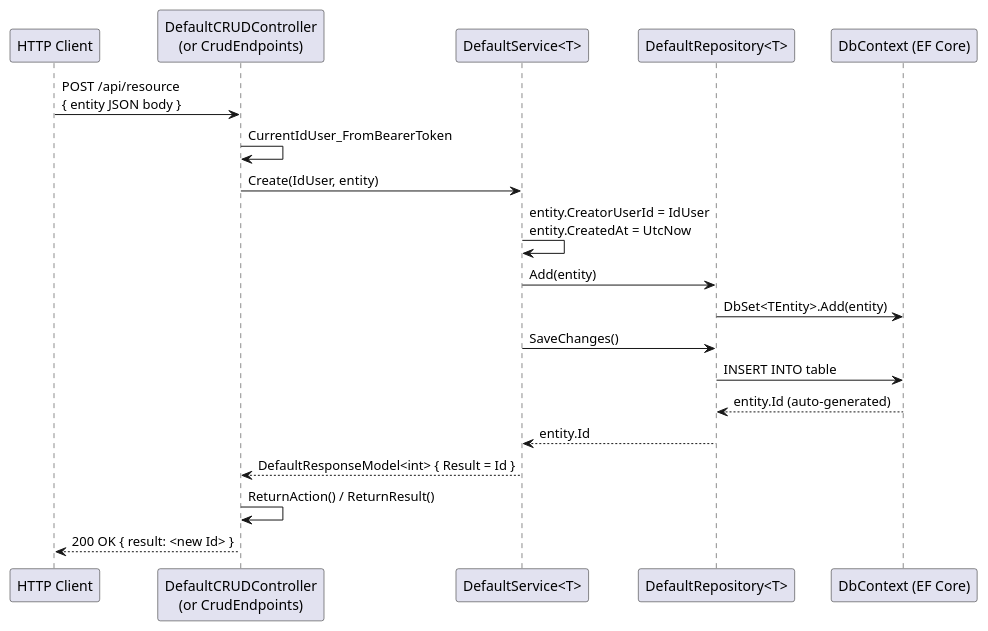
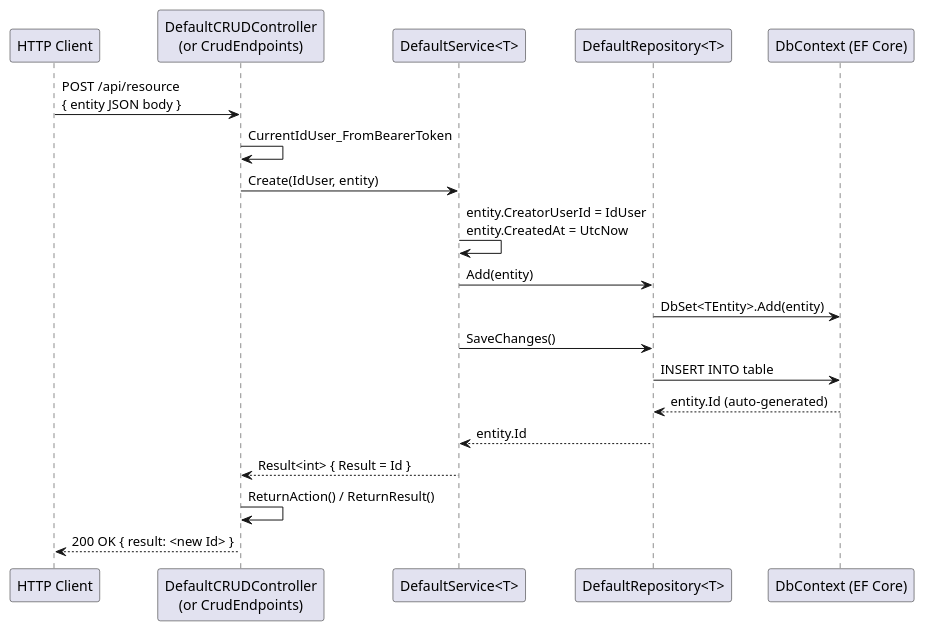
One commit to josembergff/jff-csharp-tools changed the second of 8 diagrams in docs/flows/main-flows.md. Above: the diagram before and after it, drawn with PlantUML. The commit also changed other lines of this file and 18 other files, not shown here.

First line of the commit message:
Refactor response handling in services to use Result<T> instead of DefaultResponseModel<T>

````diff
--- a/docs/flows/main-flows.md
+++ b/docs/flows/main-flows.md
@@ -51,23 +51,23 @@
 ```plantuml
 @startuml Create Entity Flow
 participant "HTTP Client" as Client
 participant "DefaultCRUDController\n(or CrudEndpoints)" as Controller
 participant "DefaultService<T>" as Service
 participant "DefaultRepository<T>" as Repository
 participant "DbContext (EF Core)" as DB
 
 Client -> Controller: POST /api/resource\n{ entity JSON body }
 Controller -> Controller: CurrentIdUser_FromBearerToken
 Controller -> Service: Create(IdUser, entity)
 Service -> Service: entity.CreatorUserId = IdUser\nentity.CreatedAt = UtcNow
 Service -> Repository: Add(entity)
 Repository -> DB: DbSet<TEntity>.Add(entity)
 Service -> Repository: SaveChanges()
 Repository -> DB: INSERT INTO table
 DB --> Repository: entity.Id (auto-generated)
 Repository --> Service: entity.Id
-Service --> Controller: DefaultResponseModel<int> { Result = Id }
+Service --> Controller: Result<int> { Result = Id }
 Controller -> Controller: ReturnAction() / ReturnResult()
 Controller --> Client: 200 OK { result: <new Id> }
 @enduml
 ```
````
